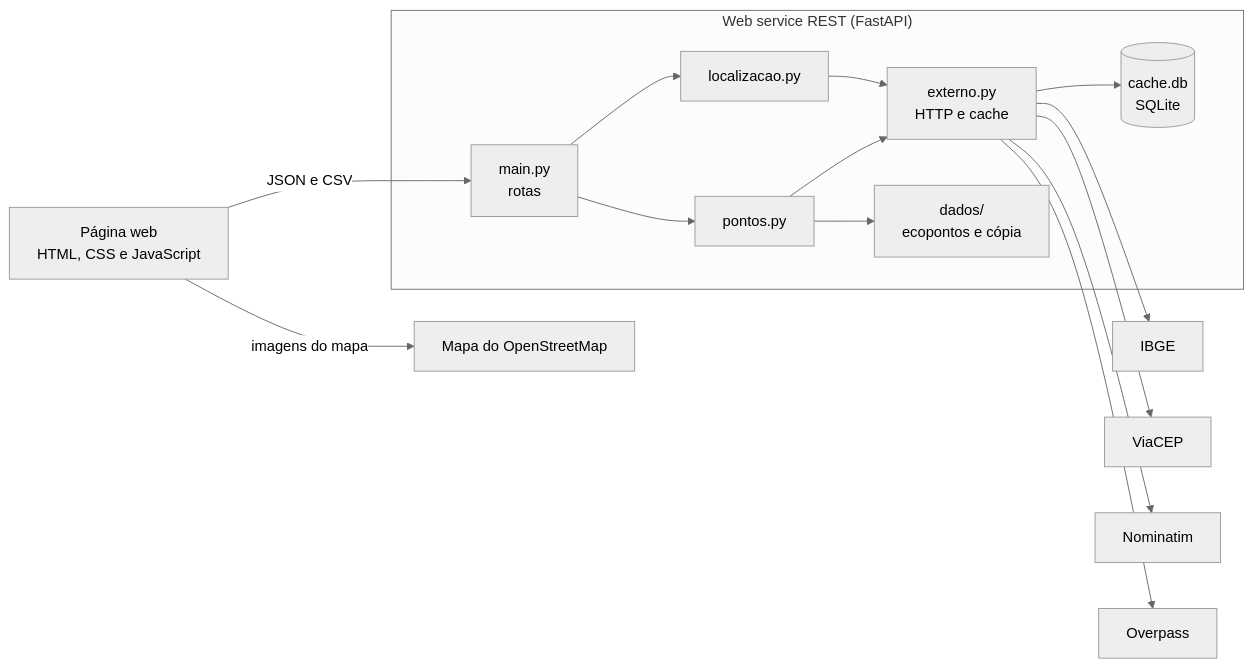
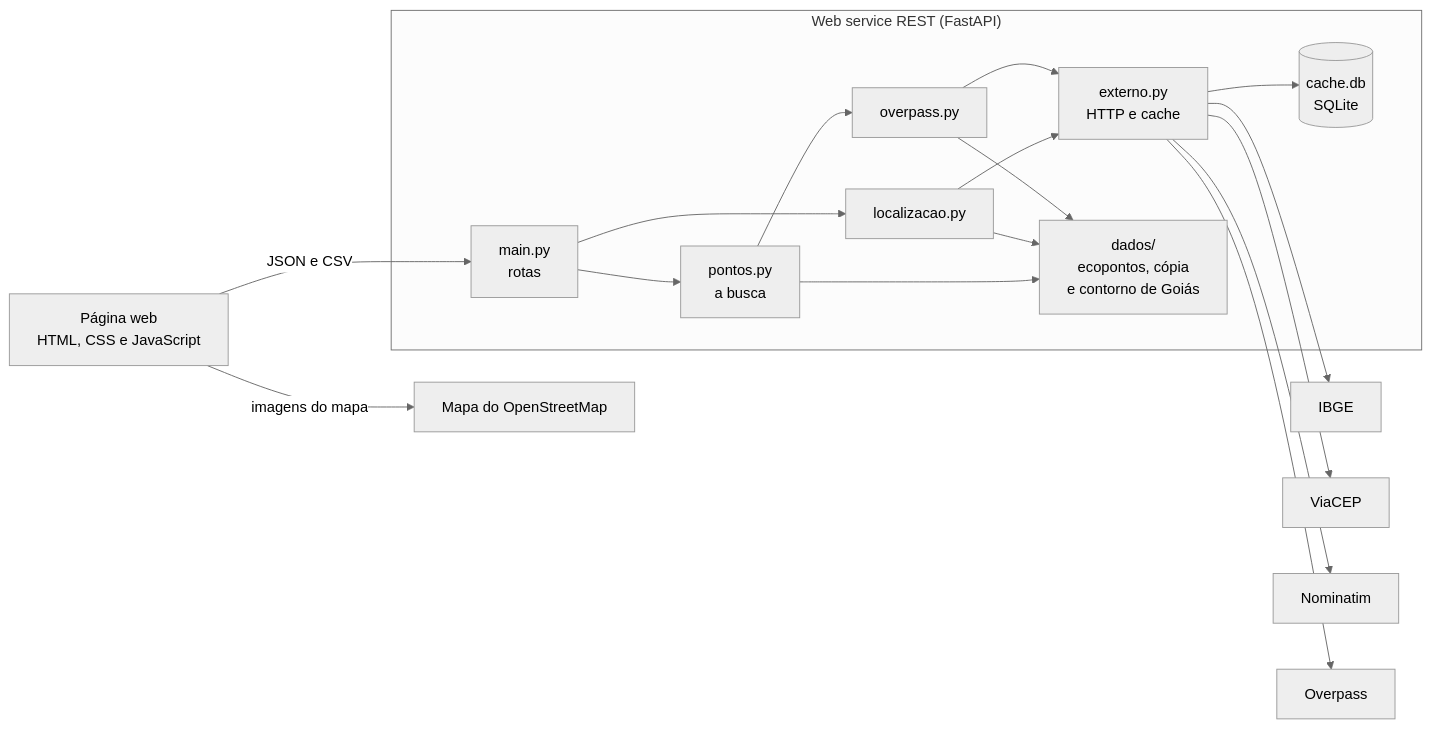
The first of 4 diagrams in docs/DIAGRAMAS.md (GustasSilva/residuogo), drawn with Mermaid (neutral theme) before and after one commit. The commit also changed other lines of this file and 36 other files, not shown here.

````diff
--- a/docs/DIAGRAMAS.md
+++ b/docs/DIAGRAMAS.md
@@ -7,32 +7,36 @@
 ```mermaid
 flowchart LR
     pagina["Página web<br/>HTML, CSS e JavaScript"]
 
     subgraph servico["Web service REST (FastAPI)"]
         main["main.py<br/>rotas"]
+        pontos["pontos.py<br/>a busca"]
         localizacao["localizacao.py"]
-        pontos["pontos.py"]
+        overpass["overpass.py"]
         externo["externo.py<br/>HTTP e cache"]
         cache[("cache.db<br/>SQLite")]
-        dados["dados/<br/>ecopontos e cópia"]
+        dados["dados/<br/>ecopontos, cópia<br/>e contorno de Goiás"]
     end
 
     ibge["IBGE"]
     viacep["ViaCEP"]
     nominatim["Nominatim"]
-    overpass["Overpass"]
+    apiOverpass["Overpass"]
     tiles["Mapa do OpenStreetMap"]
 
     pagina -- "JSON e CSV" --> main
     pagina -- "imagens do mapa" --> tiles
     main --> localizacao
     main --> pontos
+    pontos --> overpass
+    pontos --> dados
+    localizacao --> dados
+    overpass --> dados
     localizacao --> externo
-    pontos --> externo
-    pontos --> dados
+    overpass --> externo
     externo --> cache
     externo --> ibge
     externo --> viacep
     externo --> nominatim
-    externo --> overpass
+    externo --> apiOverpass
 ```
````
